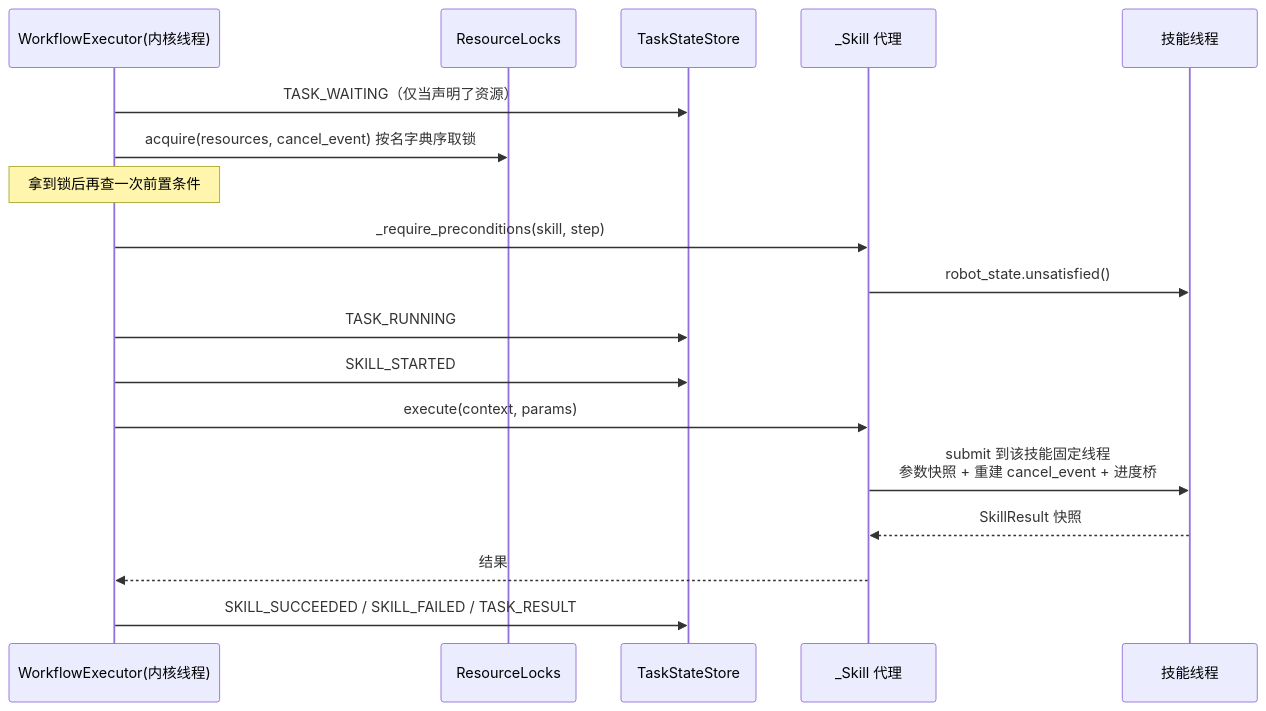
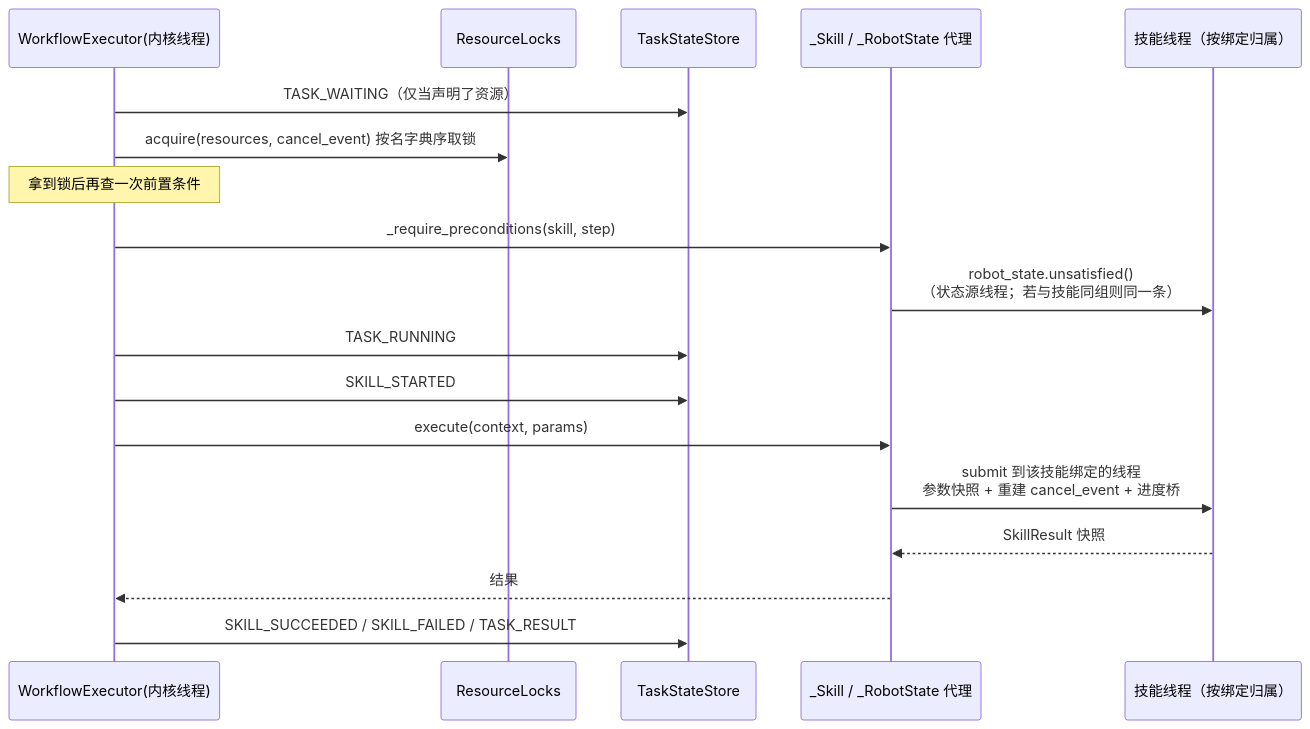
The fourth of 5 diagrams in docs/architecture-and-flows.md (zhaaimin/robot_core), drawn with Mermaid before and after one commit. The commit also changed other lines of this file and 60 other files, not shown here.

````diff
--- a/docs/architecture-and-flows.md
+++ b/docs/architecture-and-flows.md
@@ -337,20 +370,20 @@
 ```mermaid
 sequenceDiagram
   participant EX as WorkflowExecutor(内核线程)
   participant RES as ResourceLocks
   participant ST as TaskStateStore
-  participant SP as _Skill 代理
-  participant W as 技能线程
+  participant SP as _Skill / _RobotState 代理
+  participant W as 技能线程（按绑定归属）
   EX->>ST: TASK_WAITING（仅当声明了资源）
   EX->>RES: acquire(resources, cancel_event) 按名字典序取锁
   Note over EX: 拿到锁后再查一次前置条件
   EX->>SP: _require_preconditions(skill, step)
-  SP->>W: robot_state.unsatisfied()
+  SP->>W: robot_state.unsatisfied()<br/>（状态源线程；若与技能同组则同一条）
   EX->>ST: TASK_RUNNING
   EX->>ST: SKILL_STARTED
   EX->>SP: execute(context, params)
-  SP->>W: submit 到该技能固定线程<br/>参数快照 + 重建 cancel_event + 进度桥
+  SP->>W: submit 到该技能绑定的线程<br/>参数快照 + 重建 cancel_event + 进度桥
   W-->>SP: SkillResult 快照
   SP-->>EX: 结果
   EX->>ST: SKILL_SUCCEEDED / SKILL_FAILED / TASK_RESULT
 ```
````
